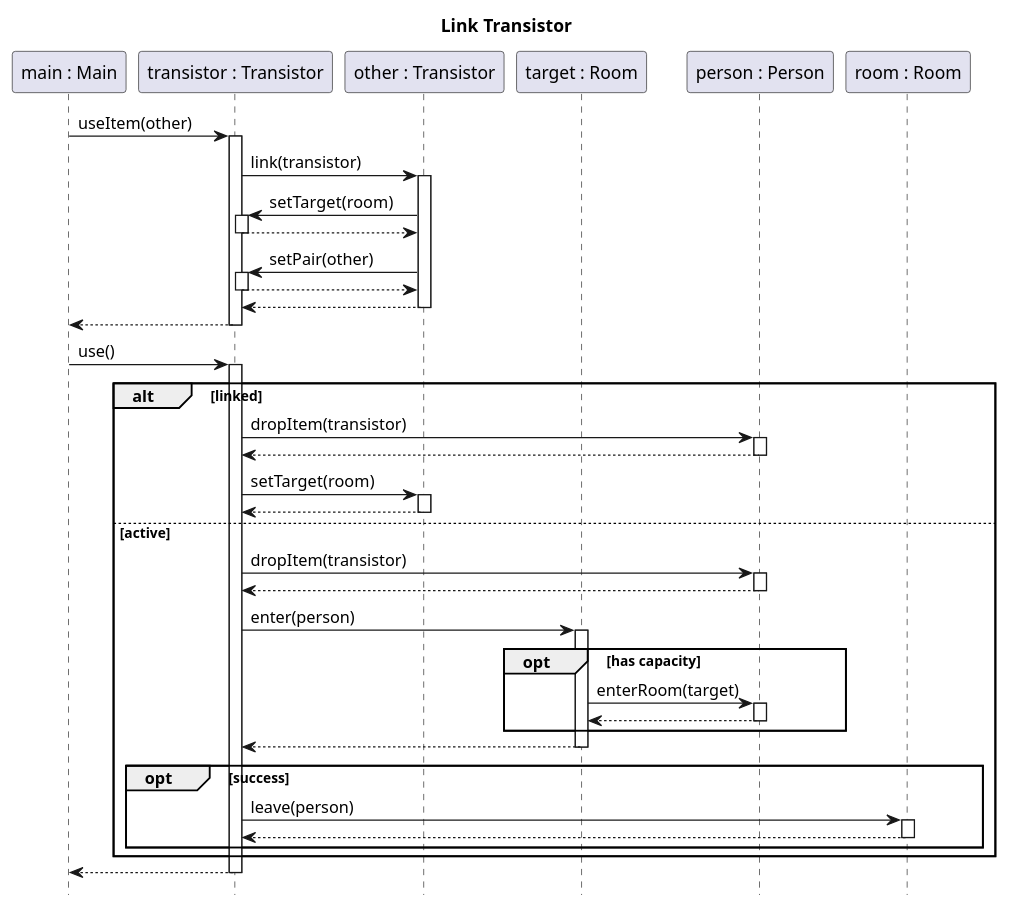
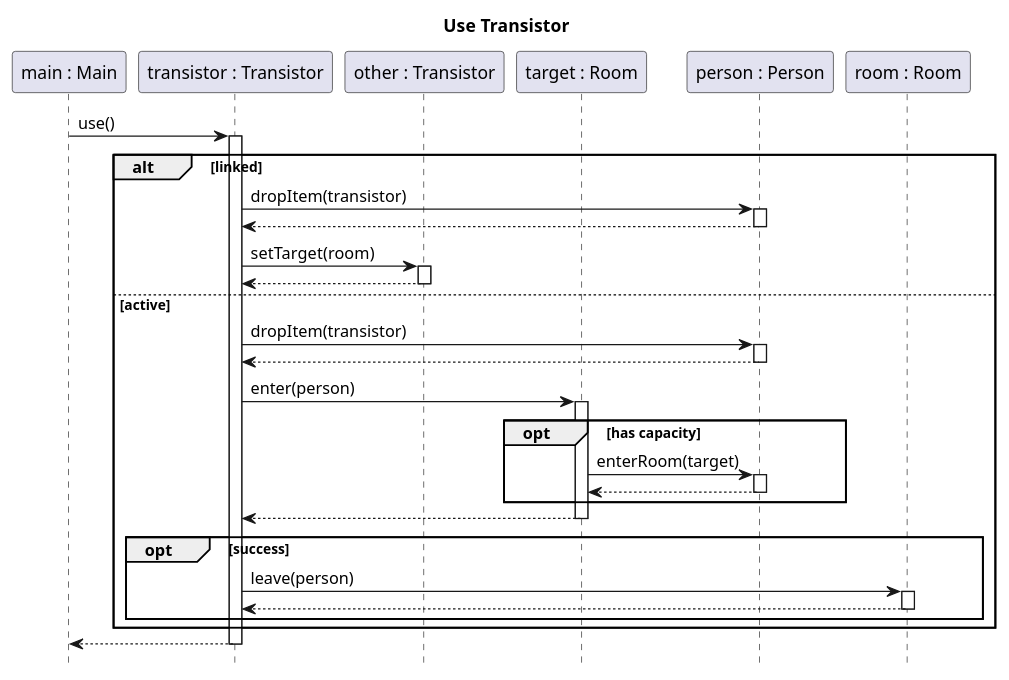
Before and after one commit to sn4k3ch4rm3r/logarlec: the diagram in docs/diagrams/test-sequence/student-use-transistor.puml, drawn with PlantUML. The commit also changed 8 other files, not shown here.

Commit message:
Fixing some test-(create)-sequence diagrams

```diff
--- a/docs/diagrams/test-sequence/student-use-transistor.puml
+++ b/docs/diagrams/test-sequence/student-use-transistor.puml
@@ -1,46 +1,37 @@
 @startuml student-use-transistor
 
-title Link Transistor
+title Use Transistor
 hide footbox
 skinparam SequenceReferenceBackgroundColor white
 
 participant "main : Main" as main
 participant "transistor : Transistor" as transistor
 participant "other : Transistor" as other
 participant "target : Room" as target
 participant "person : Person" as person
 participant "room : Room" as room
 
 autoactivate on
-
-main-> transistor ++: useItem(other)
-	transistor -> other ++: link(transistor)
-		other -> transistor ++: setTarget(room)
-		return
-		other -> transistor ++: setPair(other)
-		return
-	return
-return
 
 main-> transistor : use()
 	alt linked
 		transistor -> person : dropItem(transistor)
 		return
 		transistor -> other : setTarget(room)
 		return
 	else active
 		transistor -> person : dropItem(transistor)
 		return
 		transistor -> target : enter(person)
 		opt has capacity
 			target -> person : enterRoom(target)
 			return
 		end
         return
 		opt success
 			transistor -> room ++: leave(person)
 			return
 		end
 	end
 return
 @enduml
```
